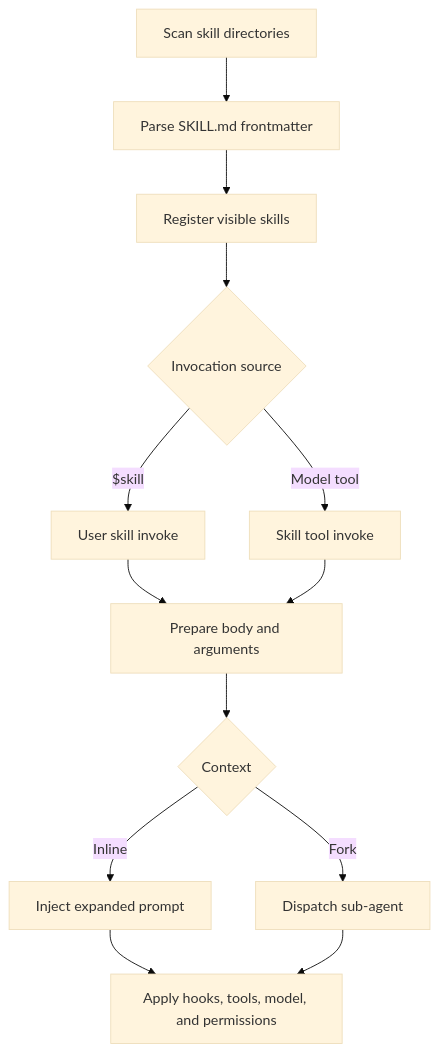
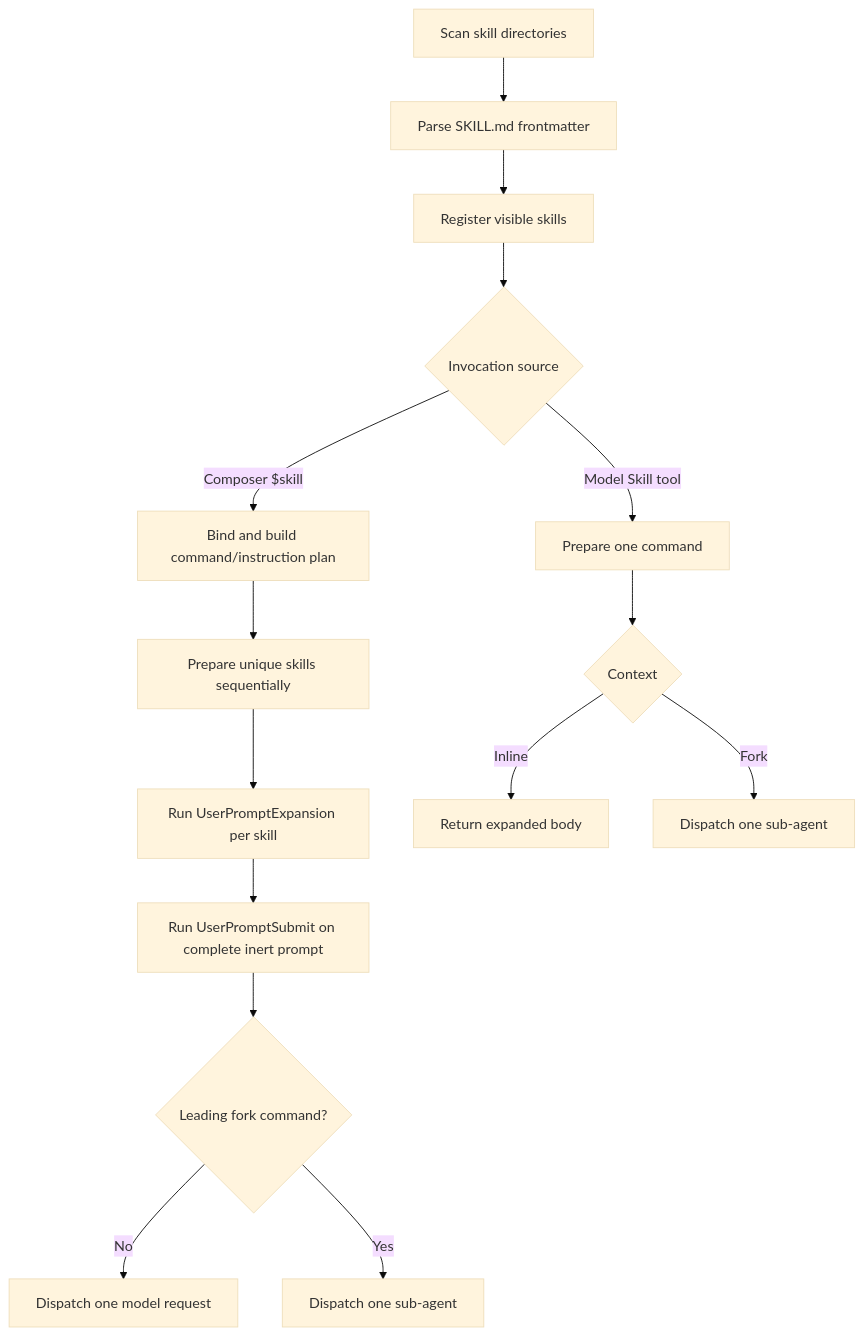
One commit to FrauH0lle/mevedel changed the diagram in docs/skills.md. Above: the diagram before and after it, drawn with Mermaid (base theme). The commit also changed other lines of this file and 29 other files, not shown here.

First line of the commit message:
feat!(skills): Plan user invocations deterministically

````diff
--- a/docs/skills.md
+++ b/docs/skills.md
@@ -18,15 +19,17 @@
 ```mermaid
 flowchart TD
     A[Scan skill directories] --> B[Parse SKILL.md frontmatter]
     B --> C[Register visible skills]
     C --> D{Invocation source}
-    D -- $skill --> E[User skill invoke]
-    D -- Model tool --> F[Skill tool invoke]
-    E --> G[Prepare body and arguments]
-    F --> G
-    G --> H{Context}
-    H -- Inline --> I[Inject expanded prompt]
-    H -- Fork --> J[Dispatch sub-agent]
-    I --> K[Apply hooks, tools, model, and permissions]
-    J --> K
+    D -- Composer $skill --> E[Bind and build command/instruction plan]
+    E --> F[Prepare unique skills sequentially]
+    F --> G[Run UserPromptExpansion per skill]
+    G --> H[Run UserPromptSubmit on complete inert prompt]
+    H --> I{Leading fork command?}
+    I -- No --> J[Dispatch one model request]
+    I -- Yes --> K[Dispatch one sub-agent]
+    D -- Model Skill tool --> L[Prepare one command]
+    L --> M{Context}
+    M -- Inline --> N[Return expanded body]
+    M -- Fork --> O[Dispatch one sub-agent]
 ```
````
